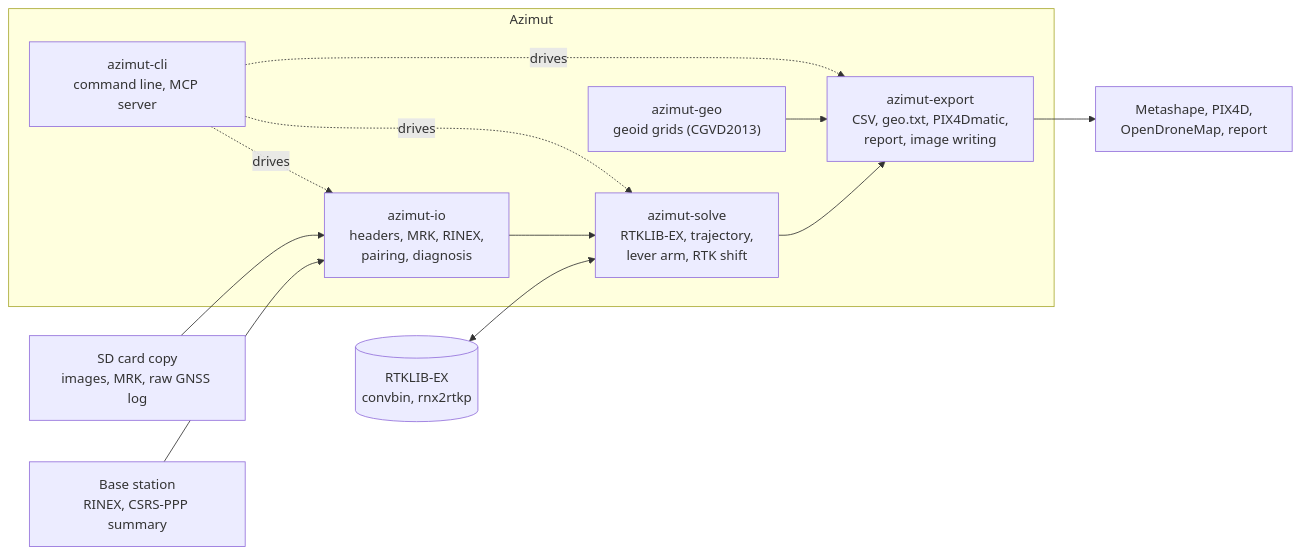
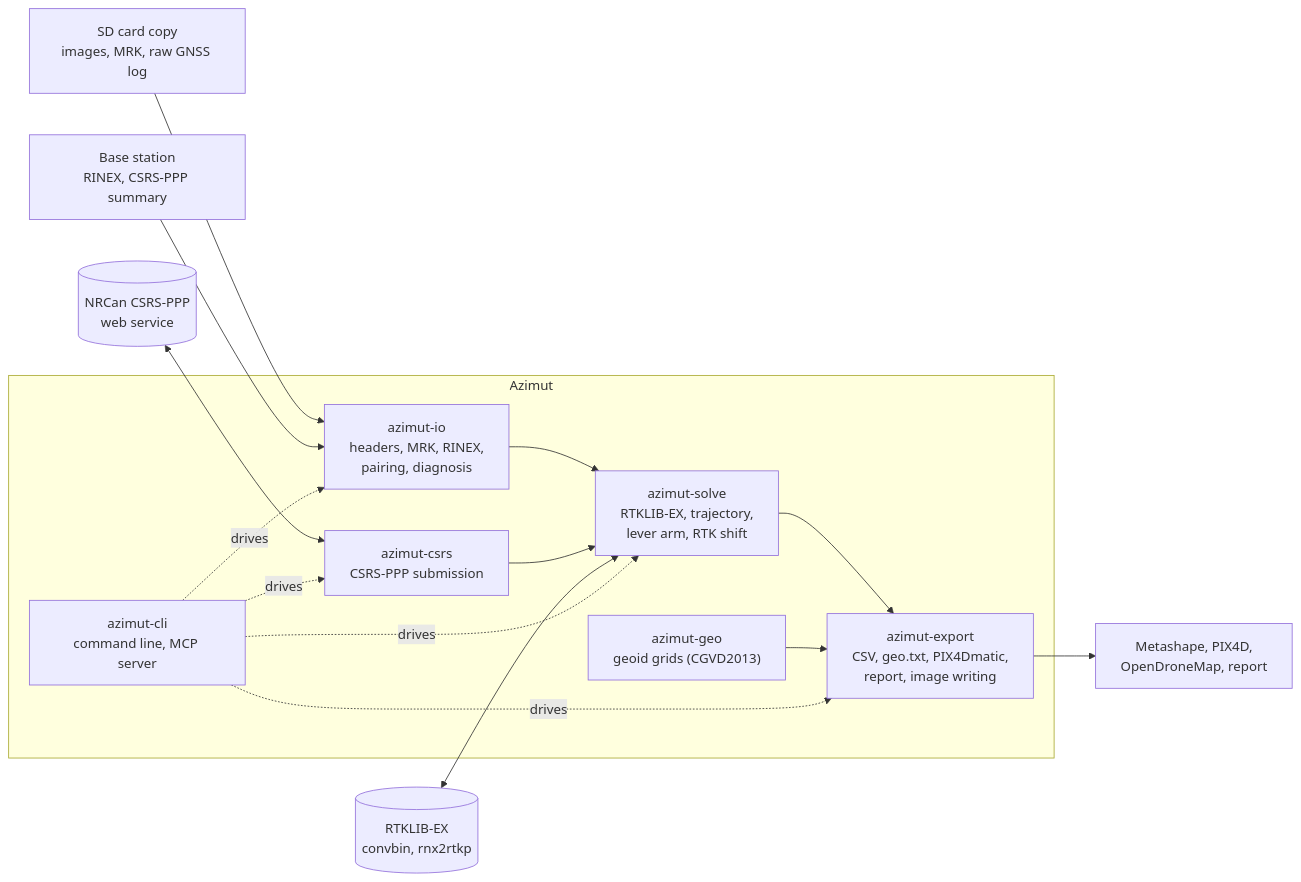
The diagram in docs/architecture.md (tofunori/azimut), drawn with Mermaid before and after one commit. The commit also changed other lines of this file and 14 other files, not shown here.

First line of the commit message:
Submit the base RINEX to CSRS-PPP from Azimut

````diff
--- a/docs/architecture.md
+++ b/docs/architecture.md
@@ -6,15 +6,17 @@
 ```mermaid
 flowchart LR
     SD["SD card copy<br/>images, MRK, raw GNSS log"] --> IO
     BASE["Base station<br/>RINEX, CSRS-PPP summary"] --> IO
     subgraph Azimut
         IO["azimut-io<br/>headers, MRK, RINEX,<br/>pairing, diagnosis"] --> SOLVE
         SOLVE["azimut-solve<br/>RTKLIB-EX, trajectory,<br/>lever arm, RTK shift"] --> EXPORT
         GEO["azimut-geo<br/>geoid grids (CGVD2013)"] --> EXPORT
+        CSRS["azimut-csrs<br/>CSRS-PPP submission"] --> SOLVE
         EXPORT["azimut-export<br/>CSV, geo.txt, PIX4Dmatic,<br/>report, image writing"]
         CLI["azimut-cli<br/>command line, MCP server"]
     end
     RTK[("RTKLIB-EX<br/>convbin, rnx2rtkp")] <--> SOLVE
+    NRCAN[("NRCan CSRS-PPP<br/>web service")] <--> CSRS
     EXPORT --> OUT["Metashape, PIX4D,<br/>OpenDroneMap, report"]
-    CLI -.drives.-> IO & SOLVE & EXPORT
+    CLI -.drives.-> IO & CSRS & SOLVE & EXPORT
 ```
````
